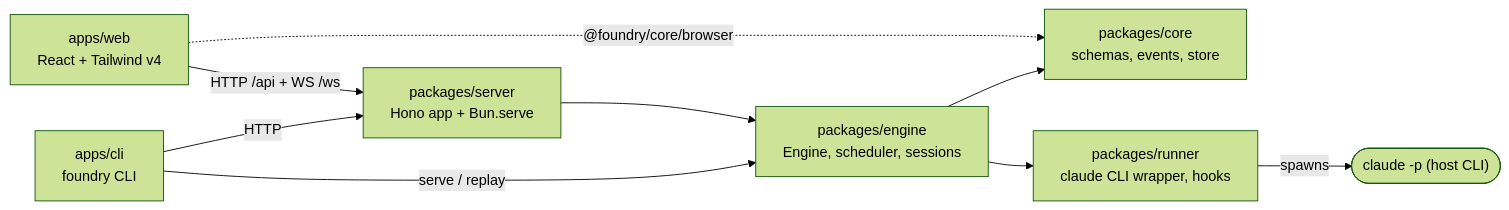
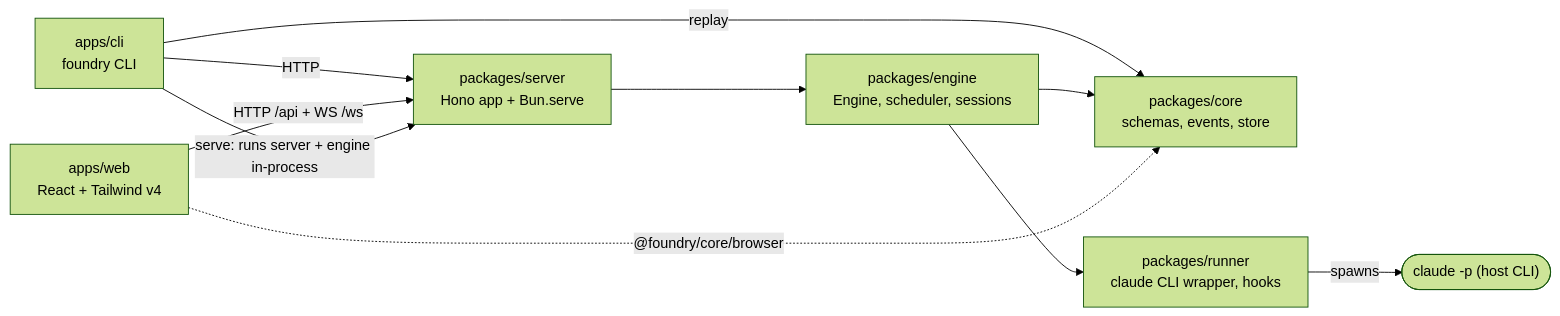
One commit to louiskhenghao/Foundry changed the first of 3 diagrams in docs/develop/architecture.md. Above: the diagram before and after it, drawn with Mermaid (forest theme). The commit also changed other lines of this file and 8 other files, not shown here.

````diff
--- a/docs/develop/architecture.md
+++ b/docs/develop/architecture.md
@@ -7,13 +7,14 @@
 ```mermaid
 flowchart LR
   cli["apps/cli<br/>foundry CLI"] -->|HTTP| server
   web["apps/web<br/>React + Tailwind v4"] -->|HTTP /api + WS /ws| server
-  cli -->|serve / replay| engine
+  cli -->|serve: runs server + engine in-process| server
+  cli -->|replay| core
   server["packages/server<br/>Hono app + Bun.serve"] --> engine
   engine["packages/engine<br/>Engine, scheduler, sessions"] --> core
   engine --> runner
   runner["packages/runner<br/>claude CLI wrapper, hooks"]
   core["packages/core<br/>schemas, events, store"]
   web -.->|"@foundry/core/browser"| core
   runner -->|spawns| claude(["claude -p (host CLI)"])
 ```
````
